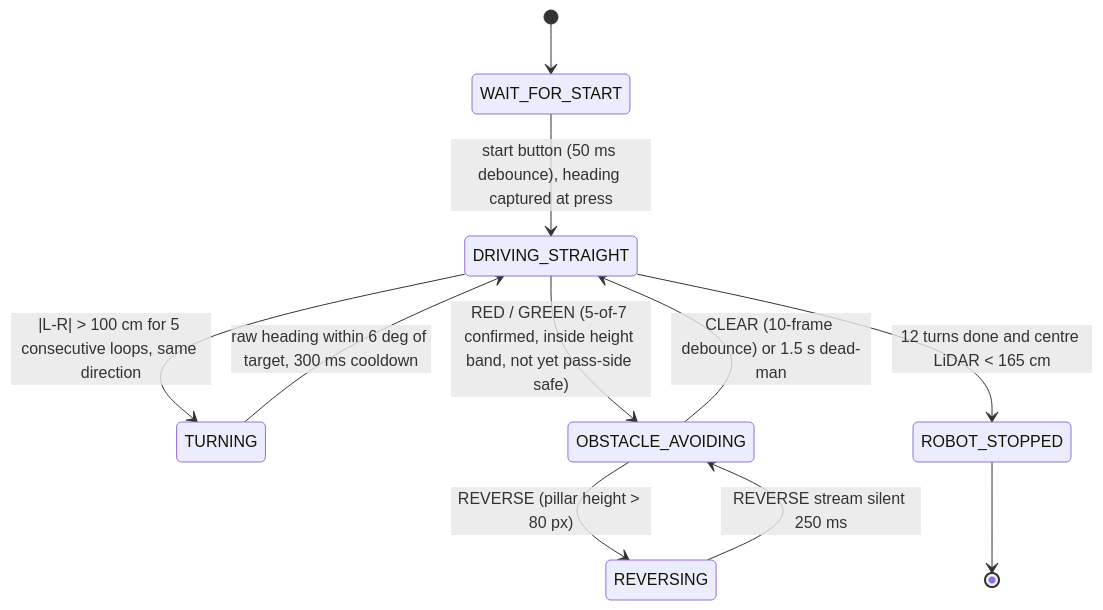
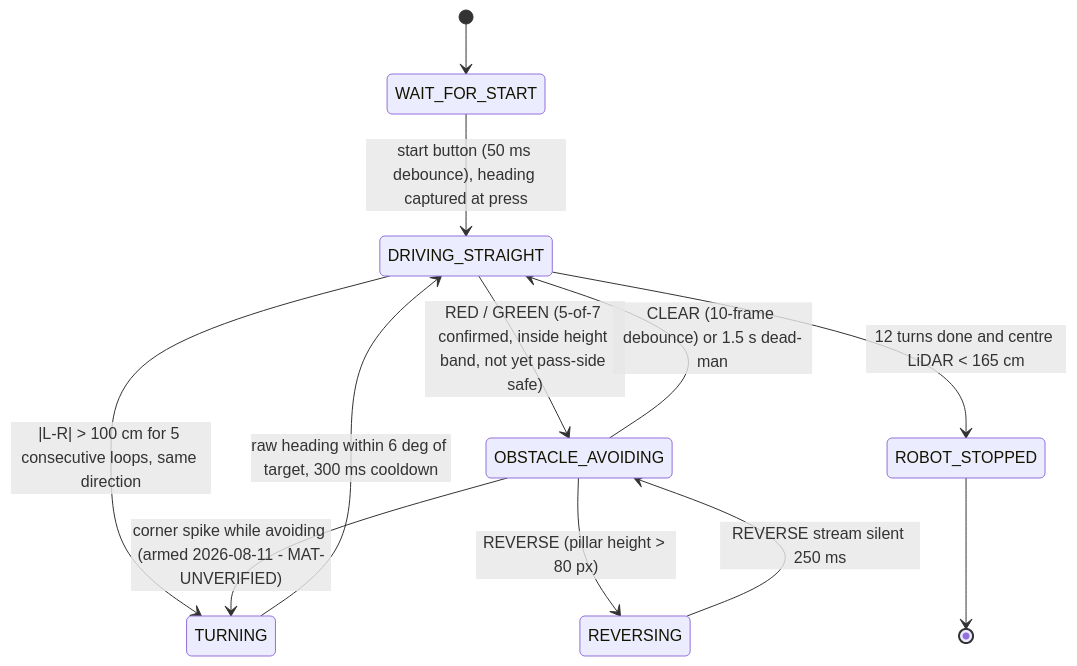
One commit to COMEDE547/wro-2026-future-engineers changed the diagram in docs/3_software.md. Above: the diagram before and after it, drawn with Mermaid. The commit also changed 3 other files, not shown here.

````diff
--- a/docs/3_software.md
+++ b/docs/3_software.md
@@ -51,16 +51,17 @@
 ```mermaid
 stateDiagram-v2
     [*] --> WAIT_FOR_START
     WAIT_FOR_START --> DRIVING_STRAIGHT : start button (50 ms debounce), heading captured at press
 
     DRIVING_STRAIGHT --> TURNING : |L-R| > 100 cm for 5 consecutive loops, same direction
     TURNING --> DRIVING_STRAIGHT : raw heading within 6 deg of target, 300 ms cooldown
 
     DRIVING_STRAIGHT --> OBSTACLE_AVOIDING : RED / GREEN (5-of-7 confirmed, inside height band, not yet pass-side safe)
     OBSTACLE_AVOIDING --> DRIVING_STRAIGHT : CLEAR (10-frame debounce) or 1.5 s dead-man
+    OBSTACLE_AVOIDING --> TURNING : corner spike while avoiding (armed 2026-08-11 - MAT-UNVERIFIED)
     OBSTACLE_AVOIDING --> REVERSING : REVERSE (pillar height > 80 px)
     REVERSING --> OBSTACLE_AVOIDING : REVERSE stream silent 250 ms
 
     DRIVING_STRAIGHT --> ROBOT_STOPPED : 12 turns done and centre LiDAR < 165 cm
     ROBOT_STOPPED --> [*]
 ```
````
